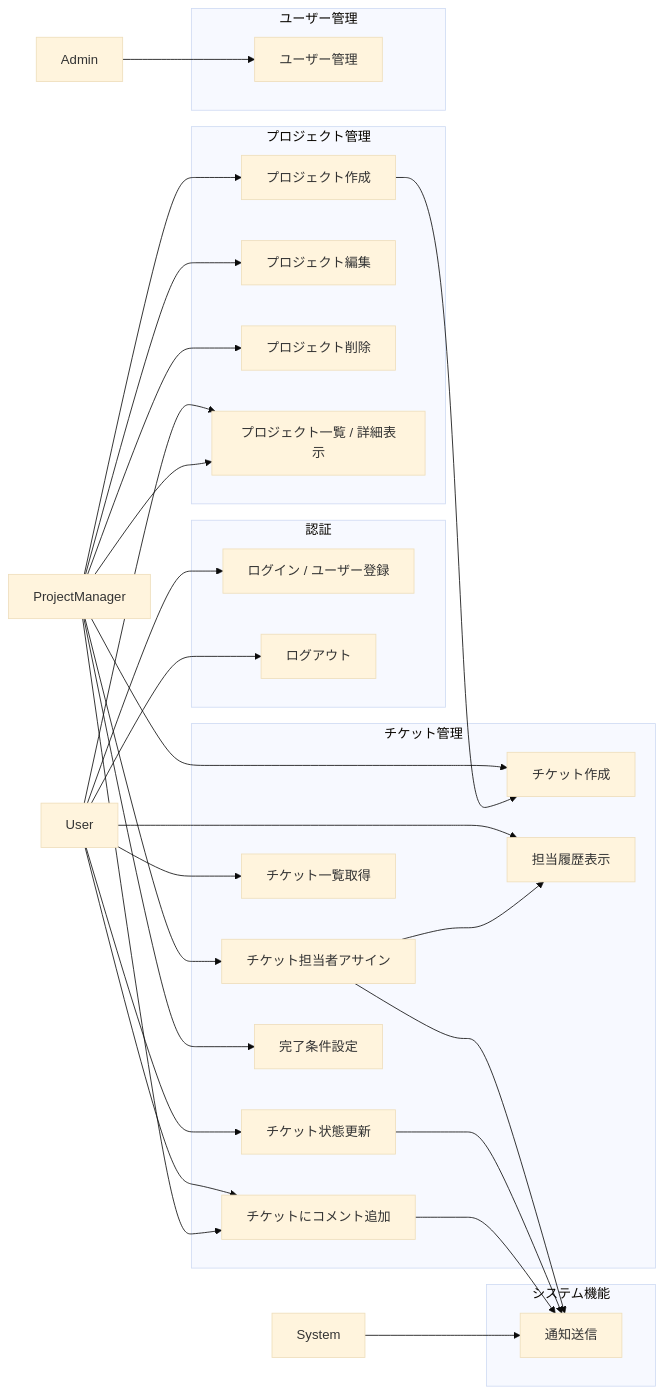
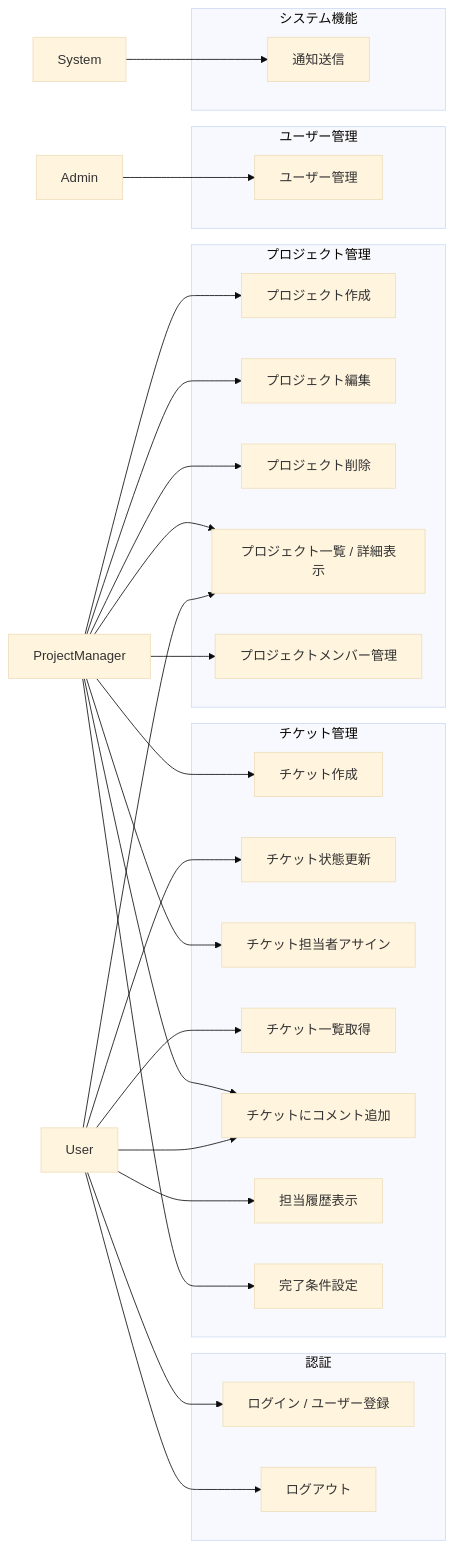
The diagram in 01.requirements/details/usecase.md (kuairen-227/pm-app-docs), drawn with Mermaid (base theme) before and after one commit. The commit also changed 7 other files, not shown here.

````diff
--- a/01.requirements/details/usecase.md
+++ b/01.requirements/details/usecase.md
@@ -3,72 +3,67 @@
 ```mermaid
 graph LR
     %% アクター定義
     Admin["Admin"]
     PM["ProjectManager"]
     User["User"]
     System["System"]
 
     %% 認証
     subgraph Authenticate["認証"]
         Login["ログイン / ユーザー登録"]
         Logout["ログアウト"]
     end
 
     %% プロジェクト管理
     subgraph ProjectManagement["プロジェクト管理"]
         CreateProject["プロジェクト作成"]
         EditProject["プロジェクト編集"]
         DeleteProject["プロジェクト削除"]
         ViewProject["プロジェクト一覧 / 詳細表示"]
+        ManageMember["プロジェクトメンバー管理"]
     end
 
     %% チケット管理
     subgraph TicketManagement["チケット管理"]
         CreateTicket["チケット作成"]
         UpdateTicketStatus["チケット状態更新"]
         AssignTicket["チケット担当者アサイン"]
         ViewTickets["チケット一覧取得"]
         AddComment["チケットにコメント追加"]
         ViewAssignmentHistory["担当履歴表示"]
         SetCompletionCriteria["完了条件設定"]
     end
 
-    %% サブグループ：ユーザー管理
+    %% ユーザー管理
     subgraph UserManagement["ユーザー管理"]
         ManageUsers["ユーザー管理"]
     end
 
     %% 汎用システム
     subgraph SystemFunctions["システム機能"]
         Notify["通知送信"]
     end
 
     %% アクター → ユースケース
     User --> Login
     User --> Logout
     User --> ViewProject
     User --> ViewTickets
     User --> UpdateTicketStatus
     User --> ViewAssignmentHistory
     User --> AddComment
 
     PM --> CreateProject
     PM --> EditProject
     PM --> DeleteProject
     PM --> ViewProject
     PM --> CreateTicket
     PM --> AssignTicket
     PM --> SetCompletionCriteria
     PM --> AddComment
+    PM --> ManageMember
 
     Admin --> ManageUsers
 
     System --> Notify
-
-    %% 疑似 include / extend
-    CreateProject --> CreateTicket
-    AssignTicket --> Notify
-    UpdateTicketStatus --> Notify
-    AssignTicket --> ViewAssignmentHistory
-    AddComment --> Notify
 ```
````
